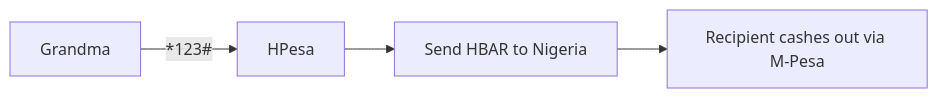
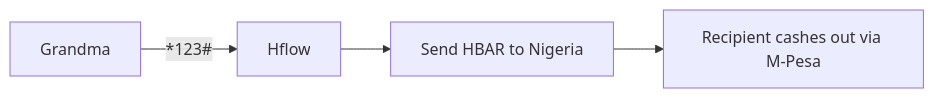
One commit to Modexia-Tech/hflow changed the diagram in docs/PITCH.MD. Above: the diagram before and after it, drawn with Mermaid. The commit also changed other lines of this file and 22 other files, not shown here.

````diff
--- a/docs/PITCH.MD
+++ b/docs/PITCH.MD
@@ -20,6 +20,6 @@
 ```mermaid
 flowchart LR
-    A[Grandma] -->|*123#| B[HPesa]
+    A[Grandma] -->|*123#| B[Hflow]
     B --> C[Send HBAR to Nigeria]
     C --> D[Recipient cashes out via M-Pesa]
 ```
````
